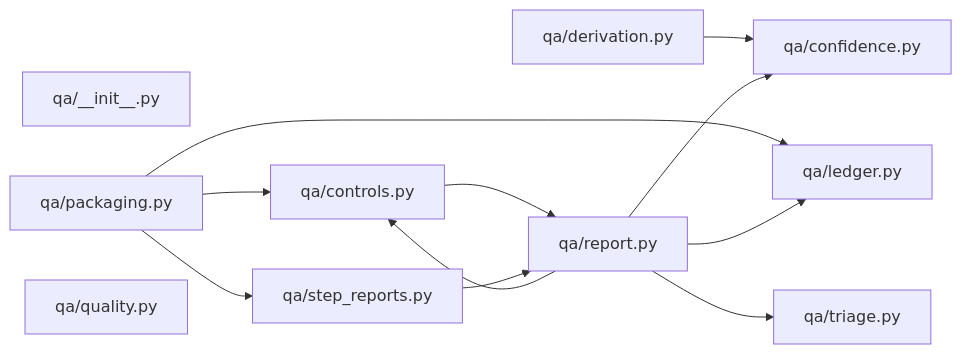
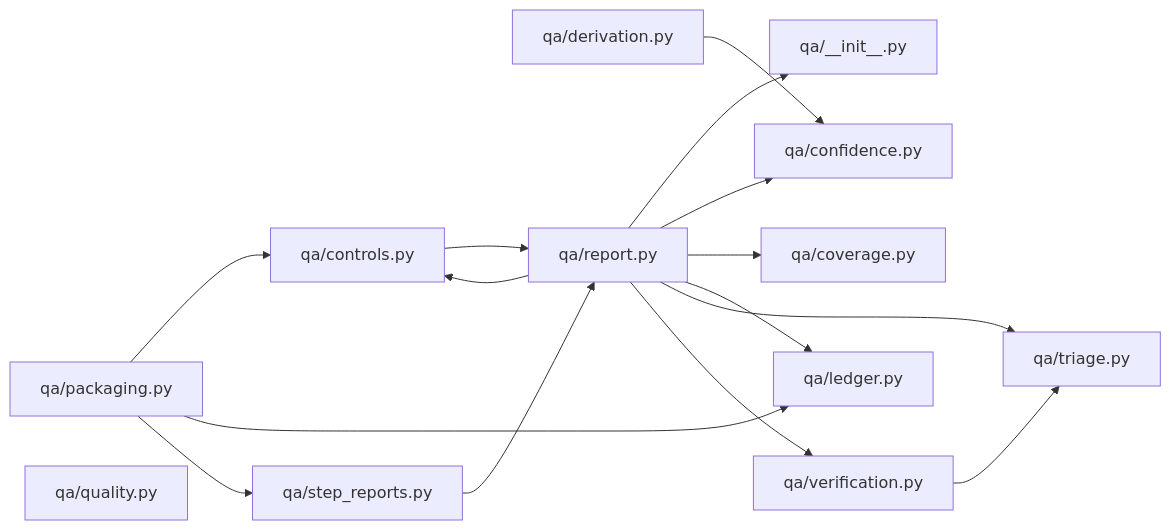
Diagram 14 of 21 in docs/ARCHITECTURE_MAP.md (sarveshtalele/maf-harness-testing), drawn with Mermaid before and after one commit. The commit also changed other lines of this file and 2 other files, not shown here.

Commit message:
docs: architecture map and module notes for verification triage and coverage

````diff
--- a/docs/ARCHITECTURE_MAP.md
+++ b/docs/ARCHITECTURE_MAP.md
@@ -419,23 +421,29 @@
 ```mermaid
 flowchart LR
   f0["qa/__init__.py"]
   f1["qa/confidence.py"]
   f2["qa/controls.py"]
-  f3["qa/derivation.py"]
-  f4["qa/ledger.py"]
-  f5["qa/packaging.py"]
-  f6["qa/quality.py"]
-  f7["qa/report.py"]
-  f8["qa/step_reports.py"]
-  f9["qa/triage.py"]
-  f2 --> f7
-  f3 --> f1
-  f5 --> f2
-  f5 --> f4
-  f5 --> f8
-  f7 --> f1
-  f7 --> f2
-  f7 --> f4
-  f7 --> f9
-  f8 --> f7
+  f3["qa/coverage.py"]
+  f4["qa/derivation.py"]
+  f5["qa/ledger.py"]
+  f6["qa/packaging.py"]
+  f7["qa/quality.py"]
+  f8["qa/report.py"]
+  f9["qa/step_reports.py"]
+  f10["qa/triage.py"]
+  f11["qa/verification.py"]
+  f2 --> f8
+  f4 --> f1
+  f6 --> f2
+  f6 --> f5
+  f6 --> f9
+  f8 --> f0
+  f8 --> f1
+  f8 --> f2
+  f8 --> f3
+  f8 --> f5
+  f8 --> f10
+  f8 --> f11
+  f9 --> f8
+  f11 --> f10
 ```
````
